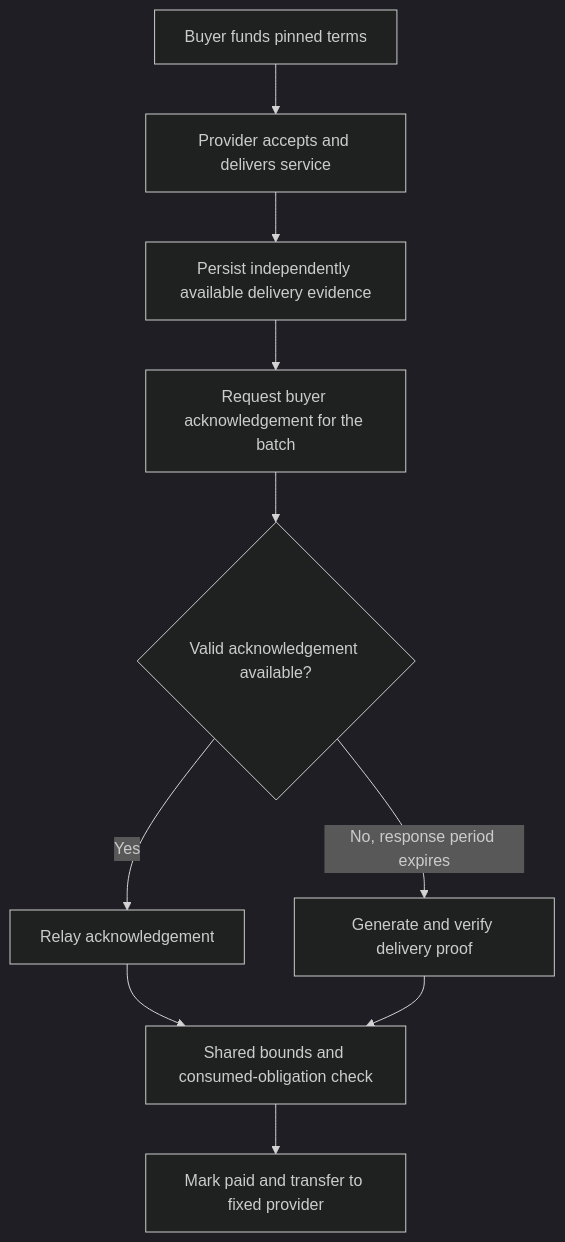
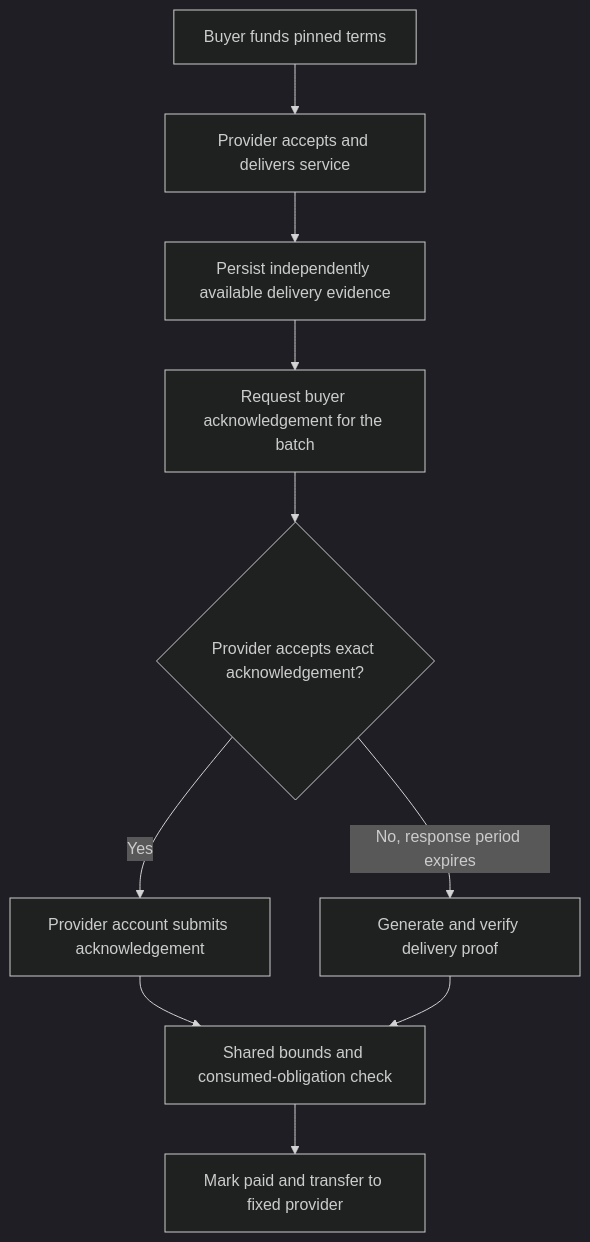
Before and after one commit to mnemonik-xyz/policy-execution: the diagram in docs/handoff/05-rent-dispute-mechanism.md, drawn with Mermaid (dark theme). The commit also changed other lines of this file, not shown here.

Commit message:
docs: require provider consent for acknowledged rent settlement

````diff
--- a/docs/handoff/05-rent-dispute-mechanism.md
+++ b/docs/handoff/05-rent-dispute-mechanism.md
@@ -92,12 +99,12 @@
 ```mermaid
 flowchart TD
     A[Buyer funds pinned terms] --> B[Provider accepts and delivers service]
     B --> C[Persist independently available delivery evidence]
     C --> D[Request buyer acknowledgement for the batch]
-    D --> E{Valid acknowledgement available?}
-    E -->|Yes| F[Relay acknowledgement]
+    D --> E{Provider accepts exact acknowledgement?}
+    E -->|Yes| F[Provider account submits acknowledgement]
     E -->|No, response period expires| G[Generate and verify delivery proof]
     F --> H[Shared bounds and consumed-obligation check]
     G --> H
     H --> I[Mark paid and transfer to fixed provider]
 ```
````
